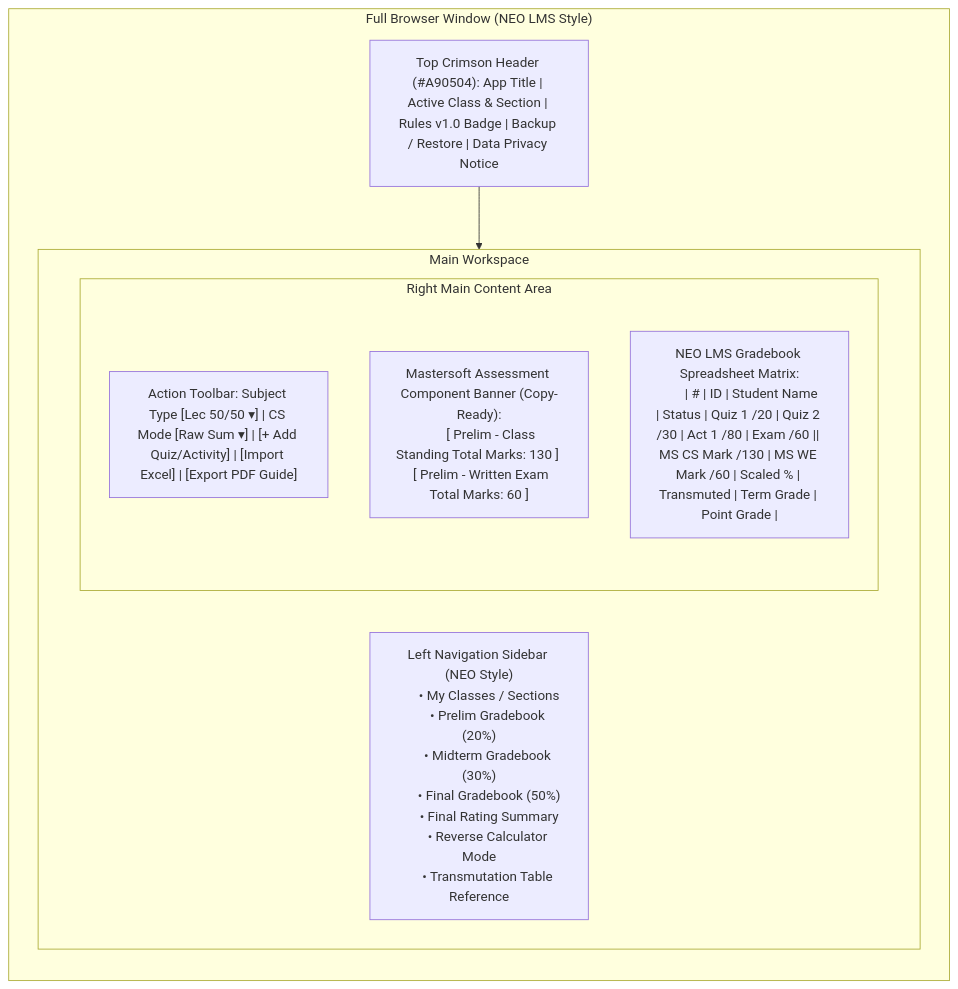
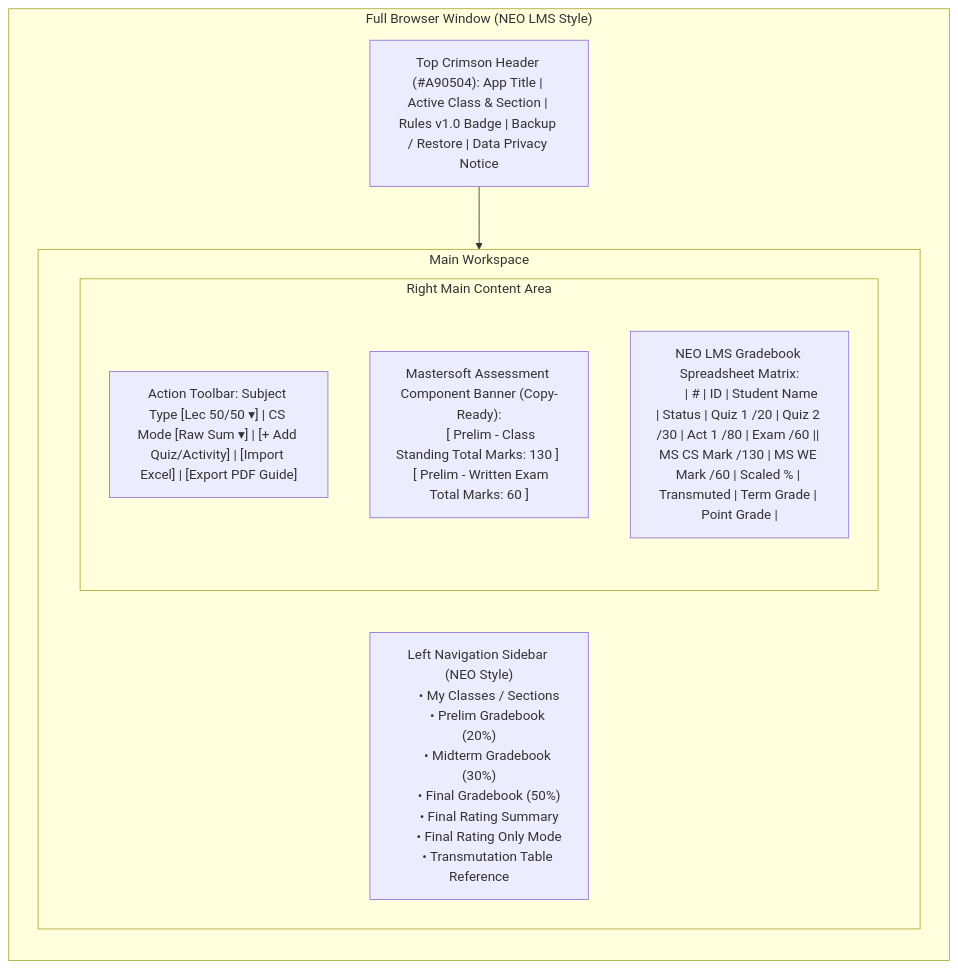
One commit to mjbadorable/Mastersoft-Grade-Encoding-Assistant changed the fourth of 4 diagrams in docs/03_architecture_and_flowcharts.md. Above: the diagram before and after it, drawn with Mermaid. The commit also changed other lines of this file and 37 other files, not shown here.

````diff
--- a/docs/03_architecture_and_flowcharts.md
+++ b/docs/03_architecture_and_flowcharts.md
@@ -224,29 +224,29 @@
 ```mermaid
 flowchart TB
   subgraph Screen["Full Browser Window (NEO LMS Style)"]
     direction TB
     TOPBAR["Top Crimson Header (#A90504): App Title | Active Class & Section | Rules v1.0 Badge | Backup / Restore | Data Privacy Notice"]
 
     subgraph Body["Main Workspace"]
       direction LR
       SIDEBAR["Left Navigation Sidebar (NEO Style)
       • My Classes / Sections
       • Prelim Gradebook (20%)
       • Midterm Gradebook (30%)
       • Final Gradebook (50%)
       • Final Rating Summary
-      • Reverse Calculator Mode
+      • Final Rating Only Mode
       • Transmutation Table Reference"]
 
       subgraph Content["Right Main Content Area"]
         direction TB
         TOOLBAR["Action Toolbar: Subject Type [Lec 50/50 ▾] | CS Mode [Raw Sum ▾] | [+ Add Quiz/Activity] | [Import Excel] | [Export PDF Guide]"]
         MS_BANNER["Mastersoft Assessment Component Banner (Copy-Ready):
         [ Prelim - Class Standing Total Marks: 130 ]   [ Prelim - Written Exam Total Marks: 60 ]"]
         MATRIX["NEO LMS Gradebook Spreadsheet Matrix:
         | # | ID | Student Name | Status | Quiz 1 /20 | Quiz 2 /30 | Act 1 /80 | Exam /60 || MS CS Mark /130 | MS WE Mark /60 | Scaled % | Transmuted | Term Grade | Point Grade |"]
       end
     end
   end
   TOPBAR --> Body
 ```
````
